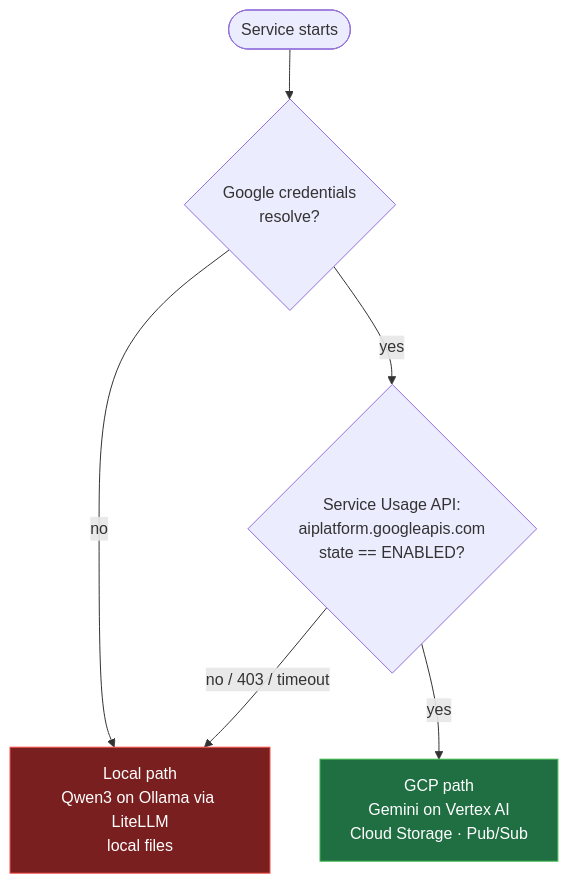
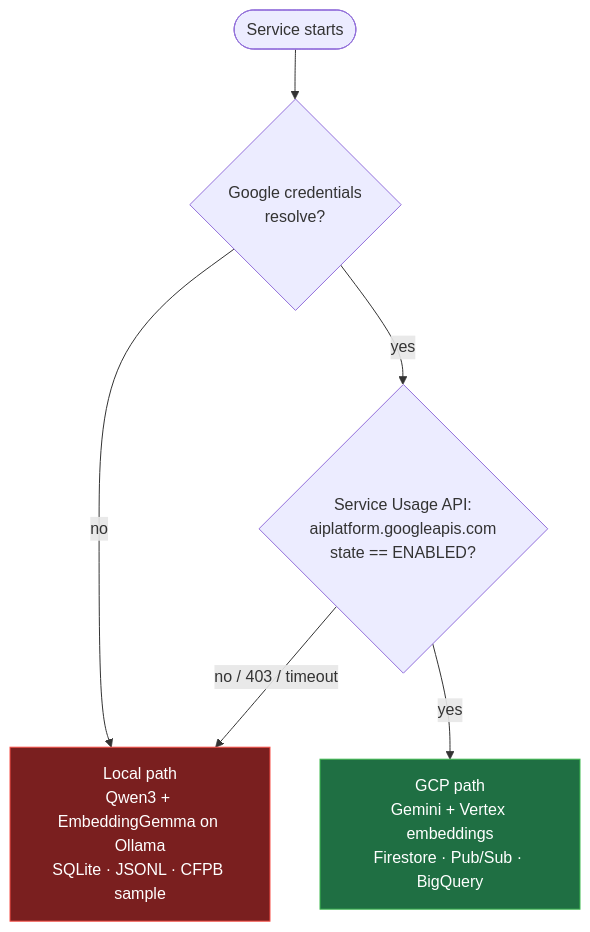
Before and after one commit to daMS2005/complaint-intake-agent: the first of 2 diagrams in README.md, drawn with Mermaid. The commit also changed other lines of this file, not shown here.

````diff
--- a/README.md
+++ b/README.md
@@ -25,16 +29,16 @@
 ```mermaid
 flowchart TD
     start([Service starts]) --> creds{Google credentials<br/>resolve?}
     creds -- no --> red
     creds -- yes --> api{Service Usage API:<br/>aiplatform.googleapis.com<br/>state == ENABLED?}
     api -- "no / 403 / timeout" --> red
     api -- yes --> green
 
-    green["GCP path<br/>Gemini on Vertex AI<br/>Cloud Storage · Pub/Sub"]
-    red["Local path<br/>Qwen3 on Ollama via LiteLLM<br/>local files"]
+    green["GCP path<br/>Gemini + Vertex embeddings<br/>Firestore · Pub/Sub · BigQuery"]
+    red["Local path<br/>Qwen3 + EmbeddingGemma on Ollama<br/>SQLite · JSONL · CFPB sample"]
 
     classDef ok fill:#1f6f43,stroke:#3fb950,color:#fff
     classDef bad fill:#7a1f1f,stroke:#f85149,color:#fff
     class green ok
     class red bad
 ```
````
